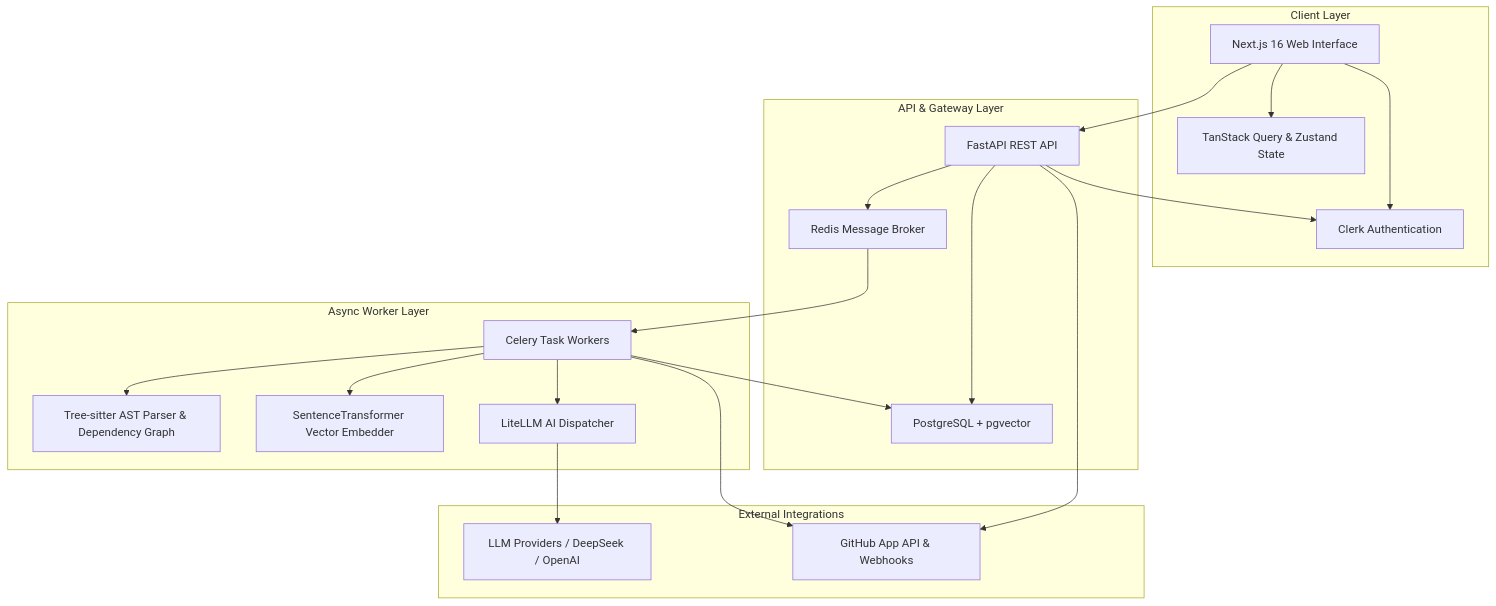
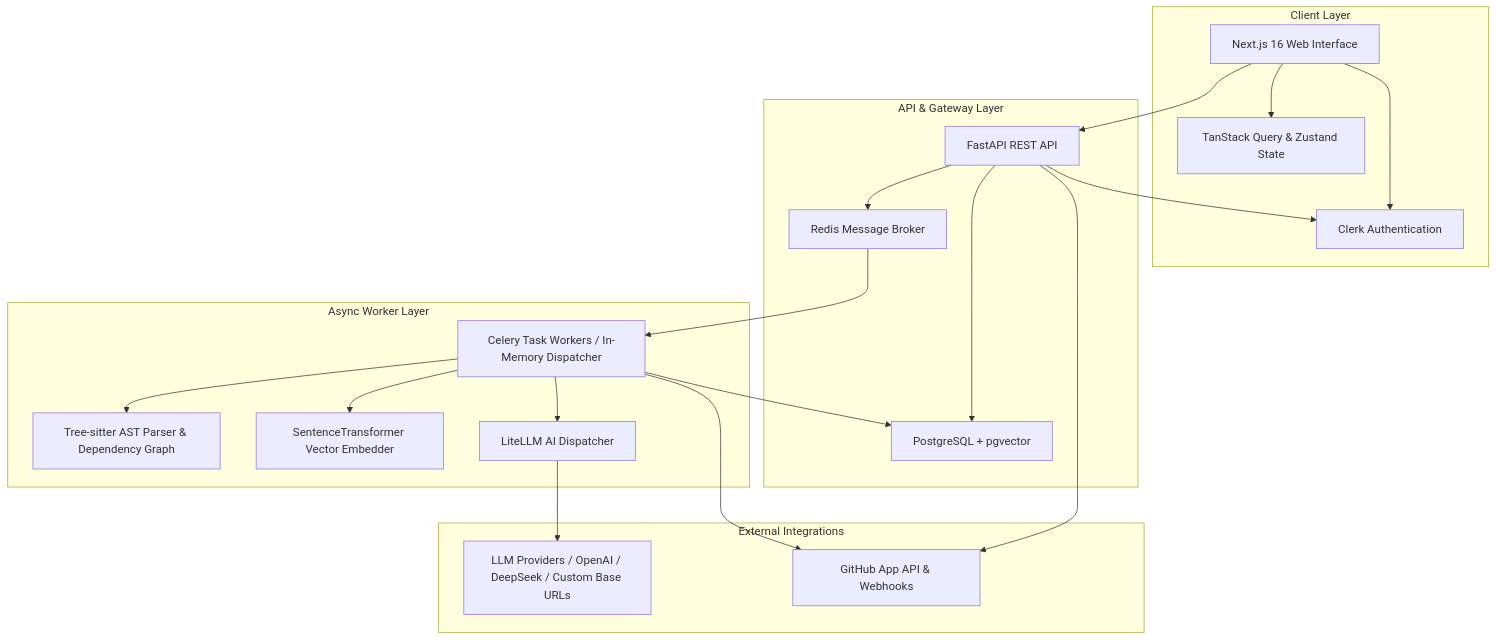
Before and after one commit to GundlaNisha/TraceIQ: the diagram in README.md, drawn with Mermaid. The commit also changed other lines of this file, not shown here.

````diff
--- a/README.md
+++ b/README.md
@@ -51,29 +60,29 @@
 ```mermaid
 graph TD
     subgraph Client Layer
         A[Next.js 16 Web Interface] --> B[Clerk Authentication]
         A --> C[TanStack Query & Zustand State]
     end
 
     subgraph API & Gateway Layer
         D[FastAPI REST API] --> B
         D --> E[PostgreSQL + pgvector]
         D --> F[Redis Message Broker]
     end
 
     subgraph Async Worker Layer
-        F --> G[Celery Task Workers]
+        F --> G[Celery Task Workers / In-Memory Dispatcher]
         G --> H[Tree-sitter AST Parser & Dependency Graph]
         G --> I[SentenceTransformer Vector Embedder]
         G --> J[LiteLLM AI Dispatcher]
         G --> E
     end
 
     subgraph External Integrations
-        J --> K[LLM Providers / DeepSeek / OpenAI]
+        J --> K[LLM Providers / OpenAI / DeepSeek / Custom Base URLs]
         G --> L[GitHub App API & Webhooks]
         D --> L
     end
 
     A --> D
 ```
````
